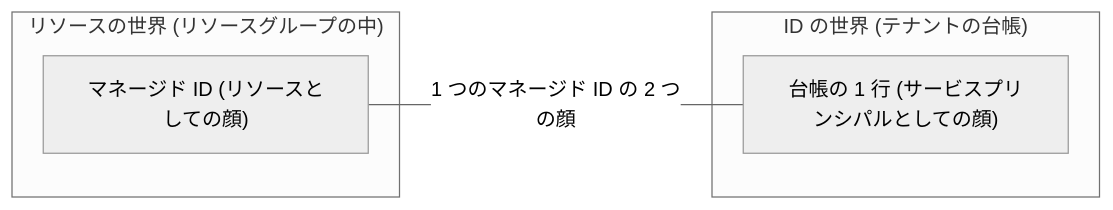
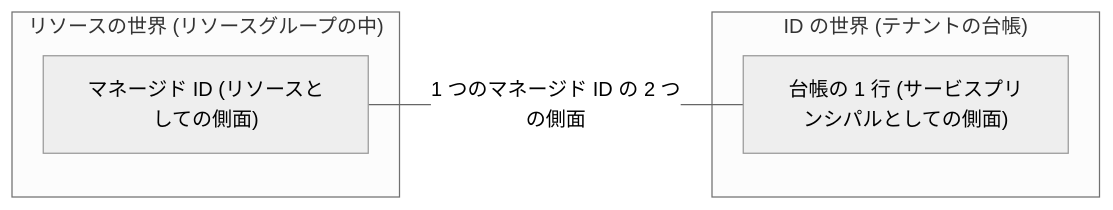
One commit to engineers-hub-ltd-in-house-project/azure-practice changed the third of 3 diagrams in manuscript/part1/03-resource-groups.md. Above: the diagram before and after it, drawn with Mermaid (neutral theme). The commit also changed other lines of this file and 16 other files, not shown here.

````diff
--- a/manuscript/part1/03-resource-groups.md
+++ b/manuscript/part1/03-resource-groups.md
@@ -88,10 +88,10 @@
 ```mermaid
 flowchart LR
   subgraph R["リソースの世界 (リソースグループの中)"]
-    MI["マネージド ID (リソースとしての顔)"]
+    MI["マネージド ID (リソースとしての側面)"]
   end
   subgraph T["ID の世界 (テナントの台帳)"]
-    SP["台帳の 1 行 (サービスプリンシパルとしての顔)"]
+    SP["台帳の 1 行 (サービスプリンシパルとしての側面)"]
   end
-  MI ---|"1 つのマネージド ID の 2 つの顔"| SP
+  MI ---|"1 つのマネージド ID の 2 つの側面"| SP
 ```
````
